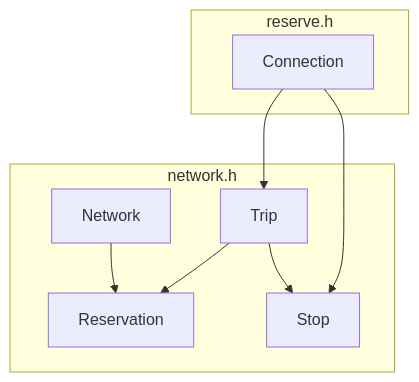
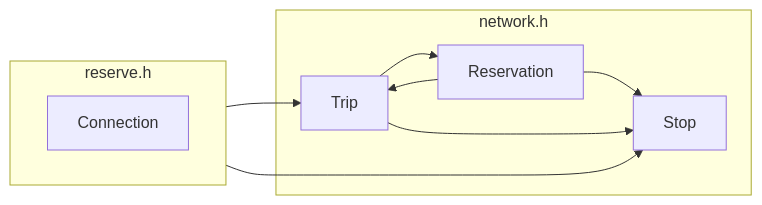
Before and after one commit to maptic/osurs: the fourth of 5 diagrams in README.md, drawn with Mermaid. The commit also changed other lines of this file and 2 other files, not shown here.

````diff
--- a/README.md
+++ b/README.md
@@ -50,12 +66,14 @@
 ```mermaid
-graph TD;
+graph LR;
   subgraph network.h;
-    Network-->Reservation;
     Trip-->Reservation;
+    Reservation-->Trip;
+    Reservation-->Stop;
     Trip-->Stop;
   end;
   subgraph reserve.h;
+    direction LR;
     Connection-->Stop;
-    Connection-->Trip;
-  end;
+    Connection-->Trip
+  end
 ```
````
